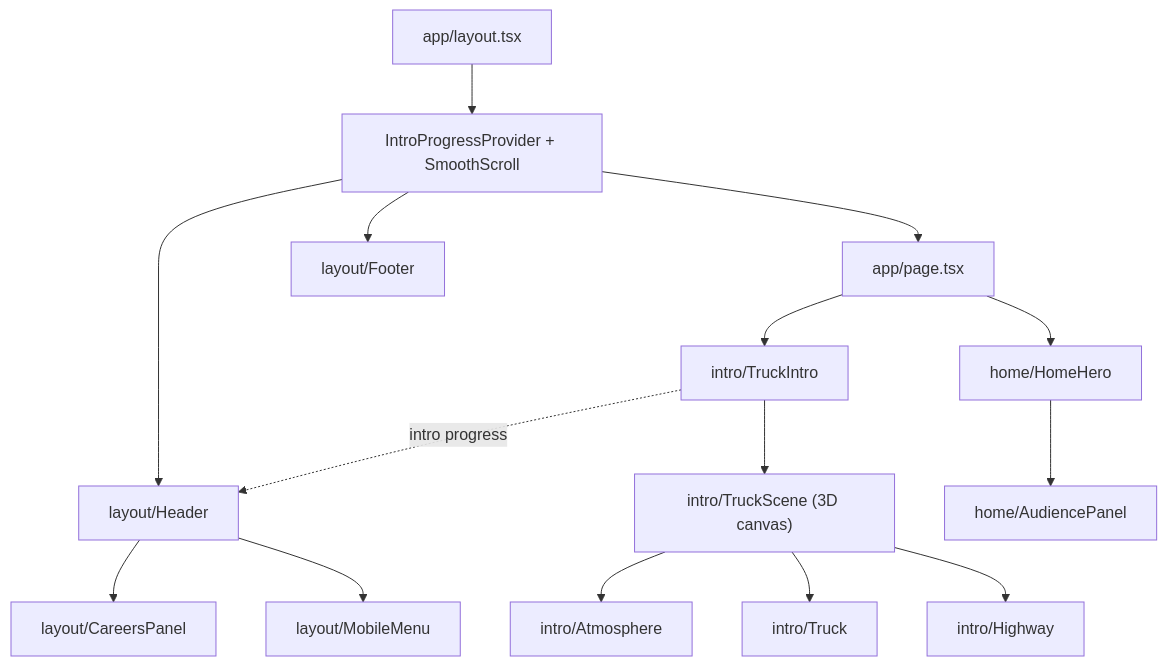
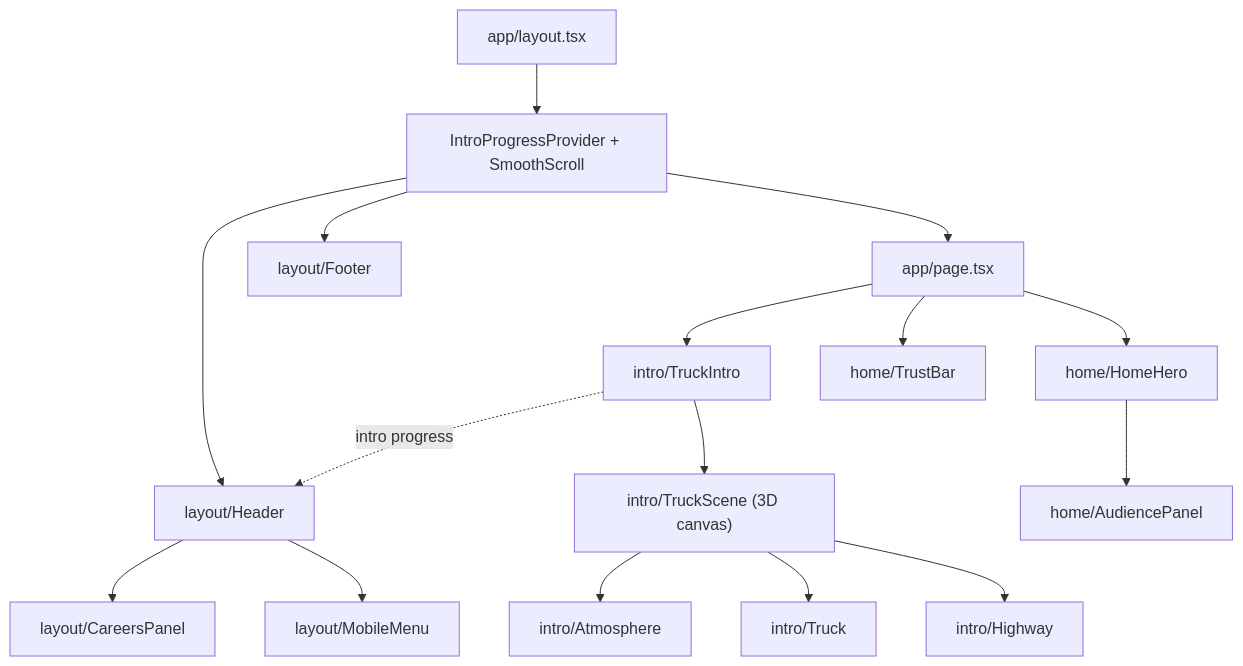
Before and after one commit to stadlerv3311/laughing-dollop: the diagram in docs/NAVIGATION.md, drawn with Mermaid. The commit also changed other lines of this file and 22 other files, not shown here.

First line of the commit message:
Add homepage trust bar, story card and hero photo; refine header and intro

````diff
--- a/docs/NAVIGATION.md
+++ b/docs/NAVIGATION.md
@@ -42,17 +45,18 @@
 ```mermaid
 flowchart TD
   Layout["app/layout.tsx"] --> Providers["IntroProgressProvider + SmoothScroll"]
   Providers --> Header["layout/Header"]
   Providers --> Page["app/page.tsx"]
   Providers --> Footer["layout/Footer"]
   Header --> CareersPanel["layout/CareersPanel"]
   Header --> MobileMenu["layout/MobileMenu"]
   Page --> TruckIntro["intro/TruckIntro"]
   Page --> HomeHero["home/HomeHero"]
+  Page --> TrustBar["home/TrustBar"]
   TruckIntro --> TruckScene["intro/TruckScene (3D canvas)"]
   TruckScene --> Atmosphere["intro/Atmosphere"]
   TruckScene --> Truck["intro/Truck"]
   TruckScene --> Highway["intro/Highway"]
   HomeHero --> AudiencePanel["home/AudiencePanel"]
   TruckIntro -. "intro progress" .-> Header
 ```
````
